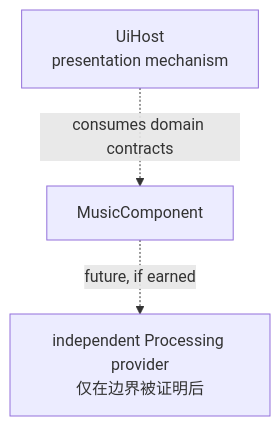
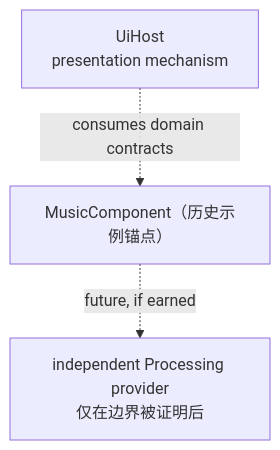
Before and after one commit to jnhu76/qianqian: the third of 3 diagrams in website/architecture/plugin-graph.md, drawn with Mermaid. The commit also changed other lines of this file and 23 other files, not shown here.

````diff
--- a/website/architecture/plugin-graph.md
+++ b/website/architecture/plugin-graph.md
@@ -56,9 +56,9 @@
 ```mermaid
 flowchart TB
-    MUSIC2["MusicComponent"]
+    MUSIC2["MusicComponent（历史示例锚点）"]
     PROC["independent Processing provider<br/>仅在边界被证明后"]
     UH["UiHost<br/>presentation mechanism"]
 
     MUSIC2 -.->|"future, if earned"| PROC
     UH -.->|"consumes domain contracts"| MUSIC2
 ```
````
